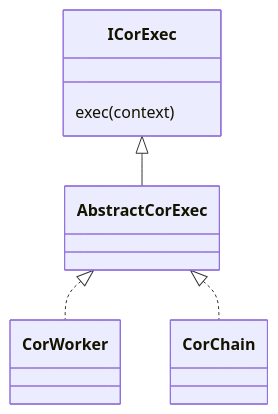
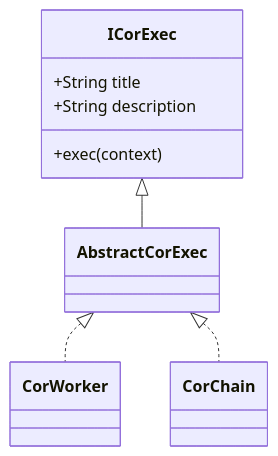
One commit to dpopkov/hello-world-2 changed the diagram in README.md. Above: the diagram before and after it, drawn with Mermaid.

Commit message:
Update README.md
fix 5

````diff
--- a/README.md
+++ b/README.md
@@ -10,13 +10,18 @@
 ```mermaid
 classDiagram
-    class ICorExec
-    ICorExec : exec(context)
+    class ICorExec {
+        +String title
+        +String description
+        +exec(context)
+    }
     
     class AbstractCorExec
+    %% Одинарный обработчик
     class CorWorker
+    %% Цепочка обработчиков, в т.ч. и вложенных chain
     class CorChain
     
     ICorExec <|-- AbstractCorExec
     AbstractCorExec <|.. CorWorker
     AbstractCorExec <|.. CorChain
 ```
````
